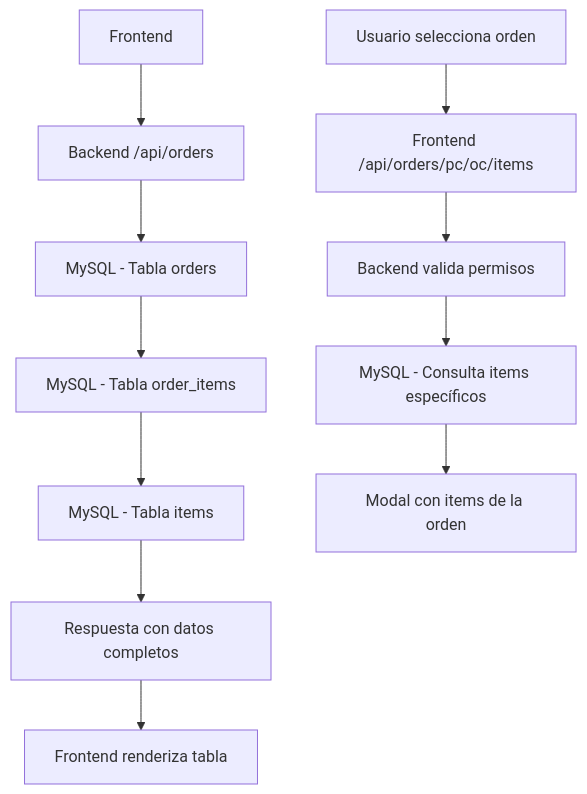
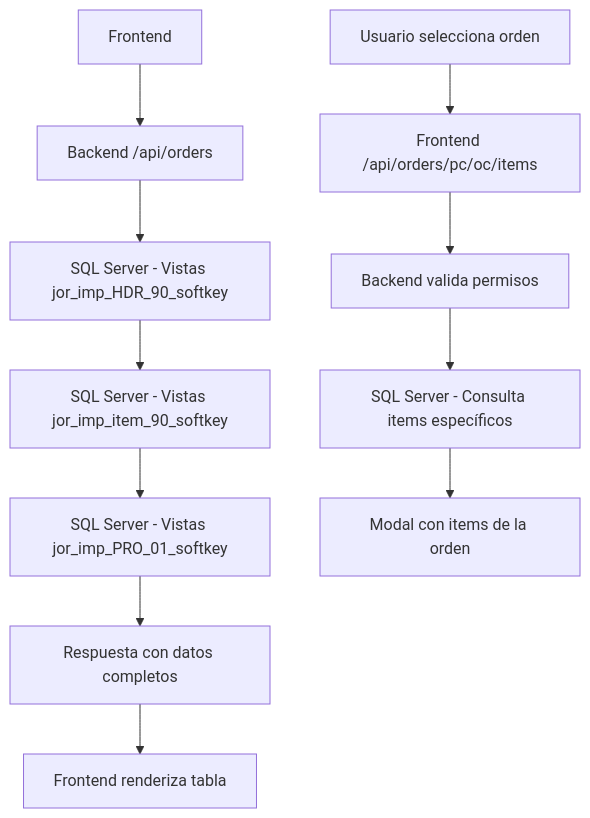
The third of 7 diagrams in FLUJOS_SISTEMA.md (Nicetm/Gelymar-Platform), drawn with Mermaid before and after one commit. The commit also changed other lines of this file and 72 other files, not shown here.

````diff
--- a/FLUJOS_SISTEMA.md
+++ b/FLUJOS_SISTEMA.md
@@ -178,14 +180,14 @@
 ```mermaid
 graph TD
     A[Frontend] --> B["Backend /api/orders"]
-    B --> C["MySQL - Tabla orders"]
-    C --> D["MySQL - Tabla order_items"]
-    D --> E["MySQL - Tabla items"]
+    B --> C["SQL Server - Vistas jor_imp_HDR_90_softkey"]
+    C --> D["SQL Server - Vistas jor_imp_item_90_softkey"]
+    D --> E["SQL Server - Vistas jor_imp_PRO_01_softkey"]
     E --> F["Respuesta con datos completos"]
     F --> G["Frontend renderiza tabla"]
     
     H["Usuario selecciona orden"] --> I["Frontend /api/orders/pc/oc/items"]
     I --> J["Backend valida permisos"]
-    J --> K["MySQL - Consulta items específicos"]
+    J --> K["SQL Server - Consulta items específicos"]
     K --> L["Modal con items de la orden"]
 ```
````
